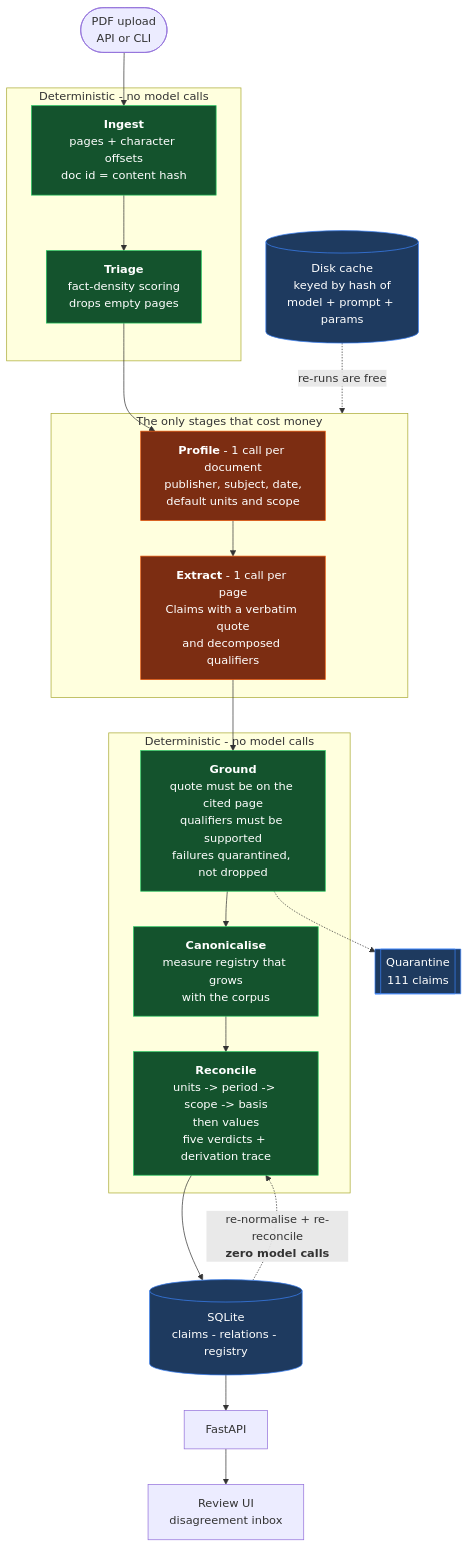
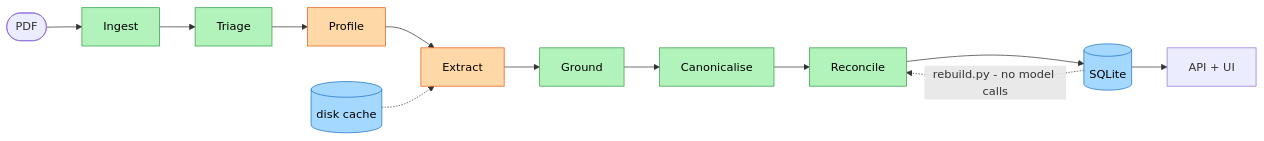
Before and after one commit to Naman-GG/KnowMe: the diagram in README.md, drawn with Mermaid. The commit also changed other lines of this file, not shown here.

Commit message:
dots add

````diff
--- a/README.md
+++ b/README.md
@@ -227,45 +227,14 @@
 ```mermaid
-flowchart TB
-    PDF([PDF upload<br/>API or CLI]) --> ING
+flowchart LR
+    PDF([PDF]) --> ING[Ingest] --> TRI[Triage] --> PRO[Profile] --> EXT[Extract]
+    EXT --> GND[Ground] --> CAN[Canonicalise] --> REC[Reconcile] --> DB[(SQLite)] --> UI[API + UI]
+    CACHE[(disk cache)] -.-> EXT
+    DB -. "rebuild.py - no model calls" .-> REC
 
-    subgraph DET1["Deterministic - no model calls"]
-        ING["<b>Ingest</b><br/>pages + character offsets<br/>doc id = content hash"]
-        TRI["<b>Triage</b><br/>fact-density scoring<br/>drops empty pages"]
-        ING --> TRI
-    end
-
-    TRI --> PRO
-
-    subgraph PAID["The only stages that cost money"]
-        PRO["<b>Profile</b> - 1 call per document<br/>publisher, subject, date,<br/>default units and scope"]
-        EXT["<b>Extract</b> - 1 call per page<br/>Claims with a verbatim quote<br/>and decomposed qualifiers"]
-        PRO --> EXT
-    end
-
-    CACHE[("Disk cache<br/>keyed by hash of<br/>model + prompt + params")]
-    CACHE -.->|"re-runs are free"| PAID
-
-    EXT --> GND
-
-    subgraph DET2["Deterministic - no model calls"]
-        GND["<b>Ground</b><br/>quote must be on the cited page<br/>qualifiers must be supported<br/>failures quarantined, not dropped"]
-        CAN["<b>Canonicalise</b><br/>measure registry that grows<br/>with the corpus"]
-        REC["<b>Reconcile</b><br/>units -> period -> scope -> basis<br/>then values<br/>five verdicts + derivation trace"]
-        GND --> CAN --> REC
-    end
-
-    REC --> DB[("SQLite<br/>claims - relations - registry")]
-    DB --> API["FastAPI"] --> UI["Review UI<br/>disagreement inbox"]
-
-    DB -.->|"re-normalise + re-reconcile<br/><b>zero model calls</b>"| REC
-
-    QUAR[["Quarantine<br/>111 claims"]]
-    GND -.-> QUAR
-
-    classDef paid fill:#7c2d12,stroke:#ea580c,color:#fff
-    classDef det fill:#14532d,stroke:#22c55e,color:#fff
-    classDef store fill:#1e3a5f,stroke:#3b82f6,color:#fff
+    classDef paid fill:#ffd8a8,stroke:#e8590c,color:#000
+    classDef det fill:#b2f2bb,stroke:#2f9e44,color:#000
+    classDef store fill:#a5d8ff,stroke:#1971c2,color:#000
     class PRO,EXT paid
     class ING,TRI,GND,CAN,REC det
-    class DB,CACHE,QUAR store
+    class DB,CACHE store
 ```
````
